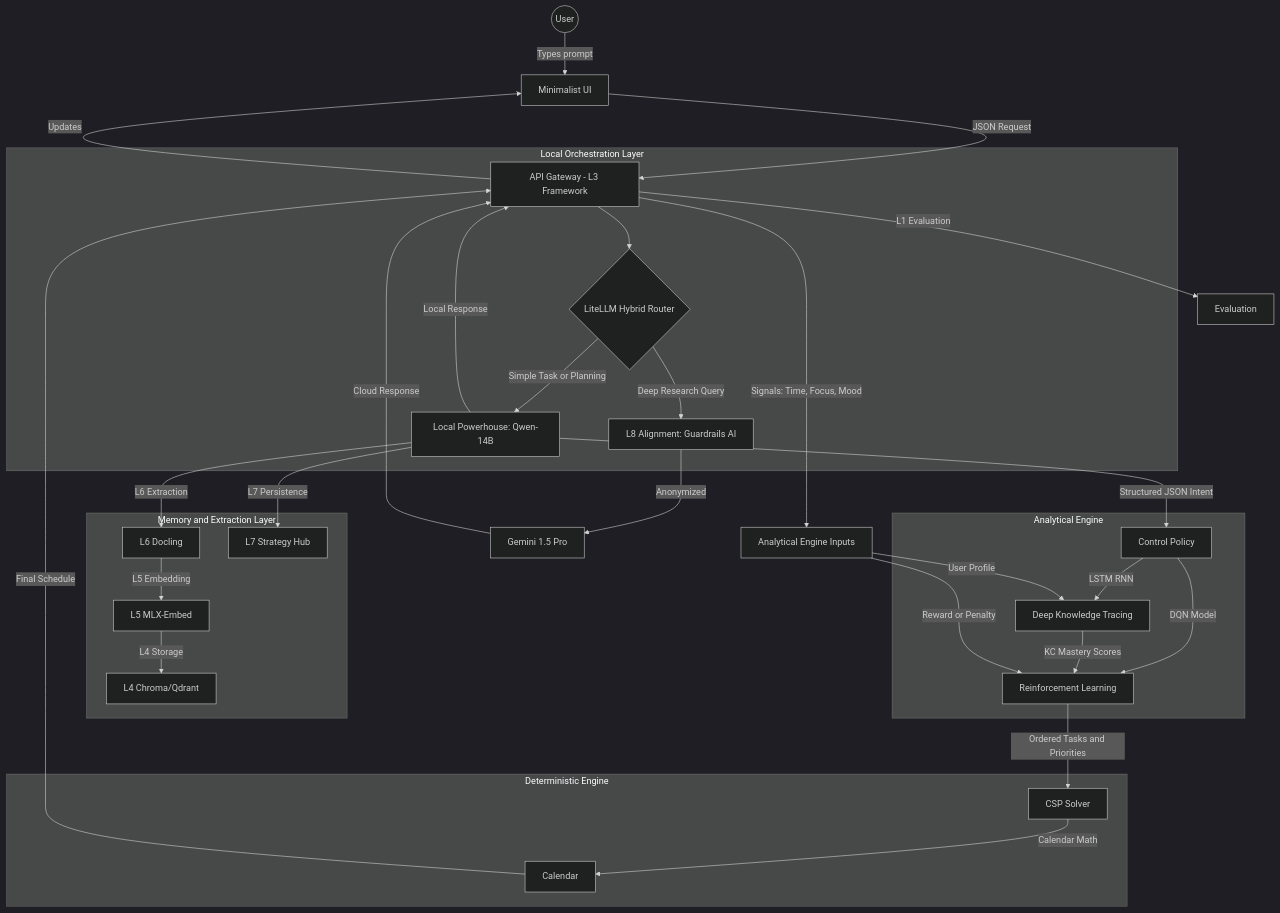
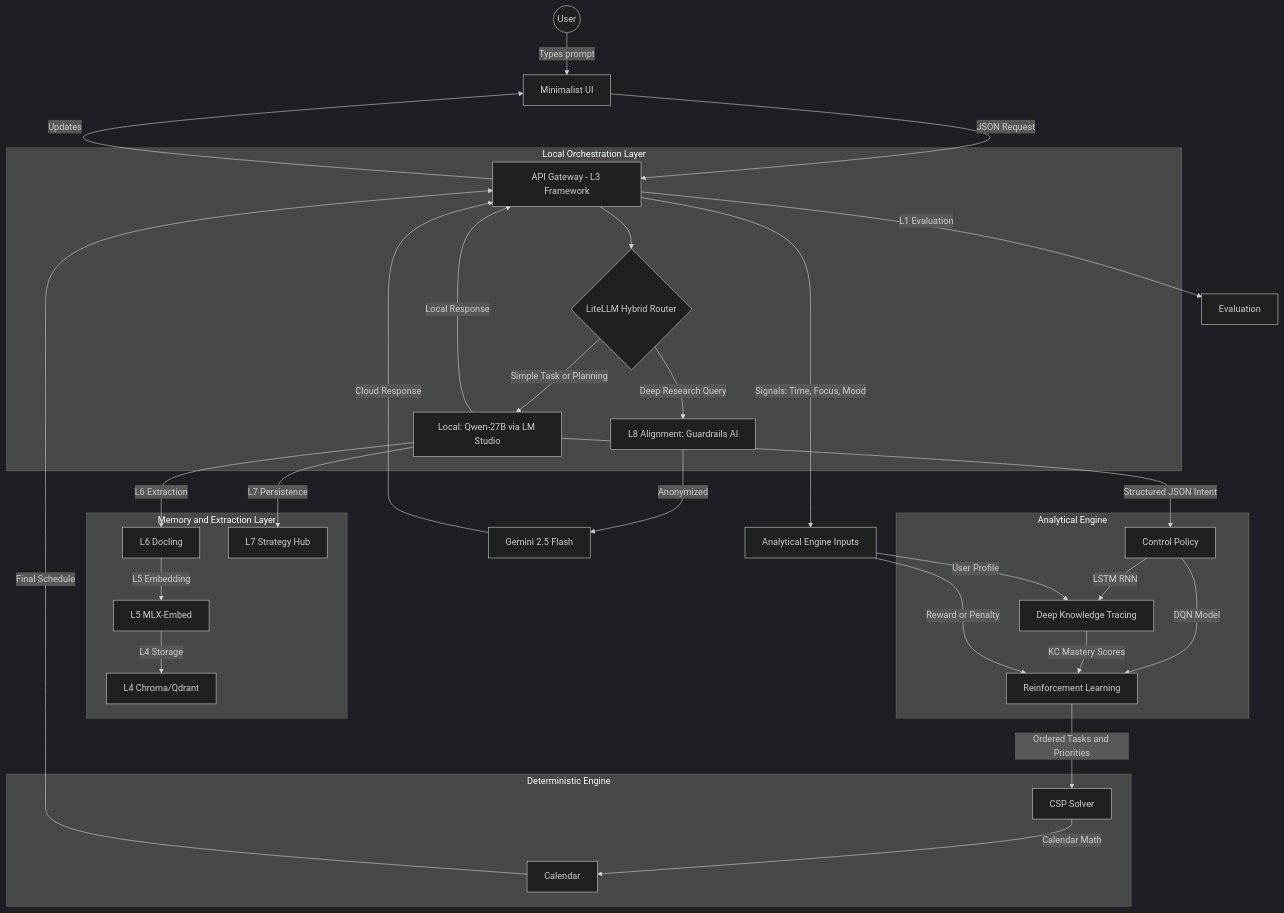
Before and after one commit to HackHeroic/Jarvis-Engine: the first of 28 diagrams in docs/POLICY_ENGINE_ARCHITECTURE.md, drawn with Mermaid (dark theme). The commit also changed other lines of this file and 16 other files, not shown here.

````diff
--- a/docs/POLICY_ENGINE_ARCHITECTURE.md
+++ b/docs/POLICY_ENGINE_ARCHITECTURE.md
@@ -20,42 +20,42 @@
 ```mermaid
 flowchart TD
     User((User)) -->|Types prompt| UI[Minimalist UI]
     UI -->|JSON Request| API[API Gateway - L3 Framework]
 
     subgraph LocalOrch [Local Orchestration Layer]
         API --> Router{LiteLLM Hybrid Router}
-        Router -->|Simple Task or Planning| LocalLLM[Local Powerhouse: Qwen-14B]
+        Router -->|Simple Task or Planning| LocalLLM[Local: Qwen-27B via LM Studio]
         Router -->|Deep Research Query| L8PII[L8 Alignment: Guardrails AI]
     end
 
     subgraph MemExtract [Memory and Extraction Layer]
         LocalLLM -->|L6 Extraction| Docling[L6 Docling]
         Docling -->|L5 Embedding| Embedding[L5 MLX-Embed]
         Embedding -->|L4 Storage| VectorDB[L4 Chroma/Qdrant]
         LocalLLM -->|L7 Persistence| Memory[L7 Strategy Hub]
     end
 
     subgraph Analytical [Analytical Engine]
         LocalLLM -->|Structured JSON Intent| Logic[Control Policy]
         Logic -->|LSTM RNN| DKT[Deep Knowledge Tracing]
         Logic -->|DQN Model| RL[Reinforcement Learning]
         DKT -->|KC Mastery Scores| RL
     end
 
     subgraph Deterministic [Deterministic Engine]
         RL -->|Ordered Tasks and Priorities| CSP[CSP Solver]
         CSP -->|Calendar Math| Calendar[Calendar]
     end
 
-    L8PII -->|Anonymized| CloudLLM[Gemini 1.5 Pro]
+    L8PII -->|Anonymized| CloudLLM[Gemini 2.5 Flash]
 
     CloudLLM -->|Cloud Response| API
     LocalLLM -->|Local Response| API
     Calendar -->|Final Schedule| API
     API -->|L1 Evaluation| Eval[Evaluation]
     API -->|Updates| UI
 
     API -->|Signals: Time, Focus, Mood| Signals[Analytical Engine Inputs]
     Signals -->|Reward or Penalty| RL
     Signals -->|User Profile| DKT
 ```
````
